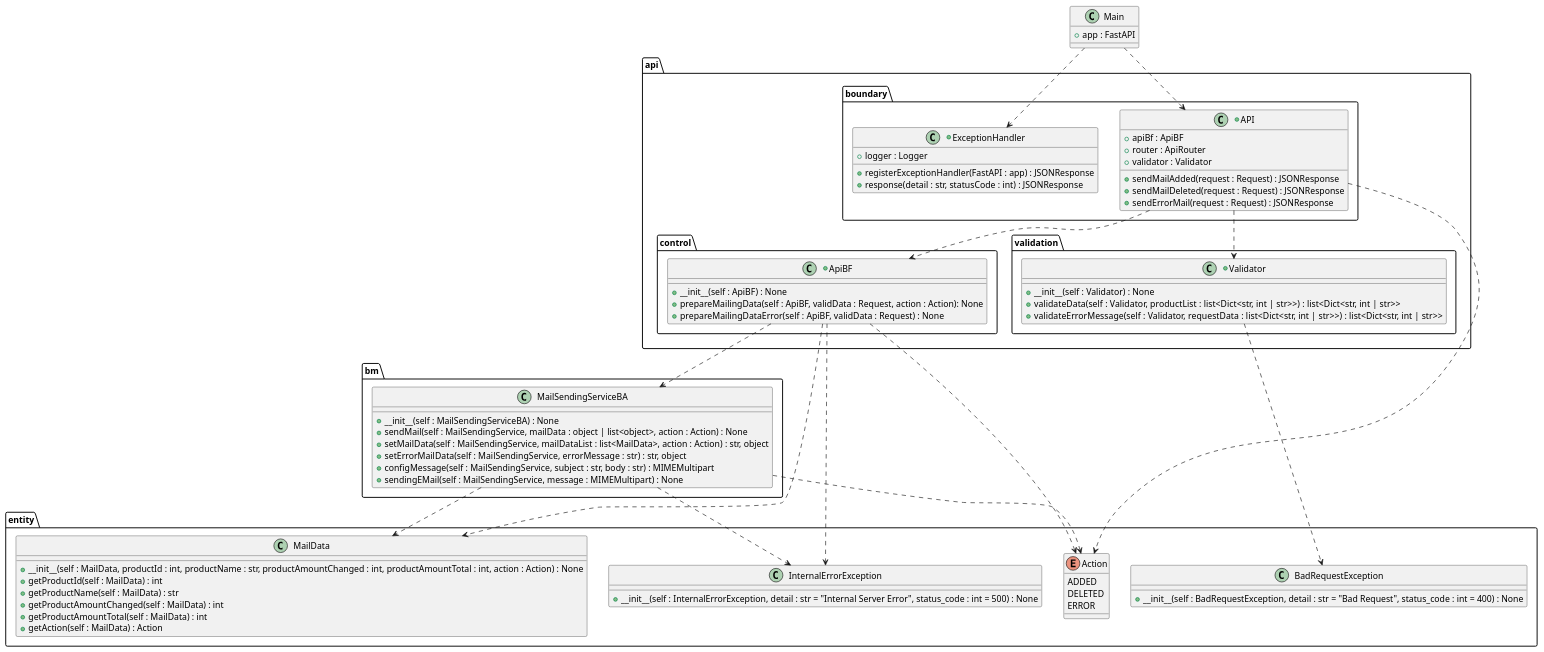
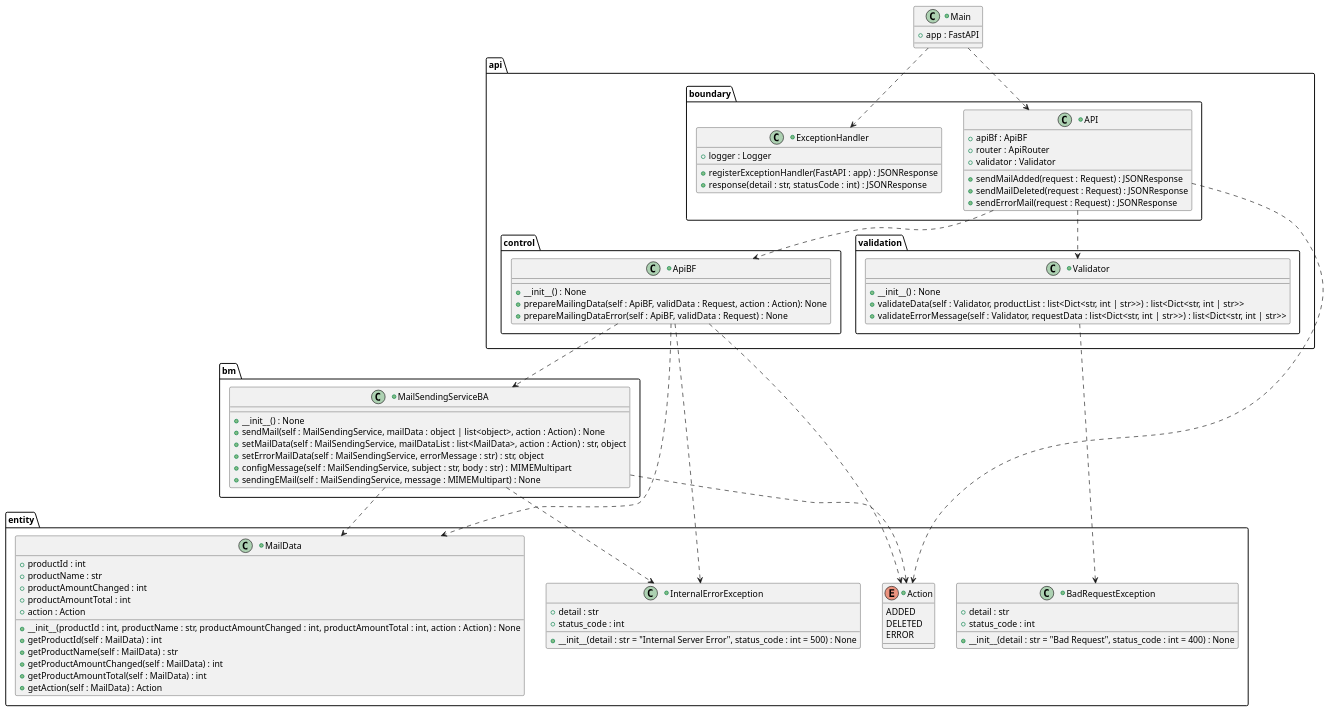
The diagram in doc/documentation/mailingService/classDiagram.puml (Marcey1611/stock-tracker-project-sysad-ws2425), drawn with PlantUML before and after one commit.

Commit message:
SYSAD-51: Adjusted/Updated class diagram

```diff
--- a/doc/documentation/mailingService/classDiagram.puml
+++ b/doc/documentation/mailingService/classDiagram.puml
@@ -1,98 +1,111 @@
 @startuml
 
 package api {
     package boundary {
         +class API {
             +apiBf : ApiBF 
             +router : ApiRouter 
             +validator : Validator 
 
             +sendMailAdded(request : Request) : JSONResponse
             +sendMailDeleted(request : Request) : JSONResponse
             +sendErrorMail(request : Request) : JSONResponse
         }
 
         +class ExceptionHandler {
             +logger : Logger
+
             +registerExceptionHandler(FastAPI : app) : JSONResponse
             +response(detail : str, statusCode : int) : JSONResponse            
         }
     }
 
     package control {
         +class ApiBF {
-            +__init__(self : ApiBF) : None
+            +__init__() : None
             +prepareMailingData(self : ApiBF, validData : Request, action : Action): None
             +prepareMailingDataError(self : ApiBF, validData : Request) : None
         }
     }
 
     package validation {
         +class Validator {
-            +__init__(self : Validator) : None
+            +__init__() : None
             +validateData(self : Validator, productList : list<Dict<str, int | str>>) : list<Dict<str, int | str>>
             +validateErrorMessage(self : Validator, requestData : list<Dict<str, int | str>>) : list<Dict<str, int | str>> 
         }
     }
 }
 
 package bm {
-    class MailSendingServiceBA {
-        +__init__(self : MailSendingServiceBA) : None
+    +class MailSendingServiceBA {
+        +__init__() : None
         +sendMail(self : MailSendingService, mailData : object | list<object>, action : Action) : None
         +setMailData(self : MailSendingService, mailDataList : list<MailData>, action : Action) : str, object 
         +setErrorMailData(self : MailSendingService, errorMessage : str) : str, object 
         +configMessage(self : MailSendingService, subject : str, body : str) : MIMEMultipart
         +sendingEMail(self : MailSendingService, message : MIMEMultipart) : None
     }
 }
 
 package entity {
-    class MailData {
-        +__init__(self : MailData, productId : int, productName : str, productAmountChanged : int, productAmountTotal : int, action : Action) : None
+    +class MailData {
+        +productId : int
+        +productName : str
+        +productAmountChanged : int
+        +productAmountTotal : int
+        +action : Action
+
+        +__init__(productId : int, productName : str, productAmountChanged : int, productAmountTotal : int, action : Action) : None
         +getProductId(self : MailData) : int
         +getProductName(self : MailData) : str
         +getProductAmountChanged(self : MailData) : int
         +getProductAmountTotal(self : MailData) : int
         +getAction(self : MailData) : Action
     }
 
-    enum Action {
+    +enum Action {
         ADDED
         DELETED
         ERROR
     }
 
-    class InternalErrorException {
-        +__init__(self : InternalErrorException, detail : str = "Internal Server Error", status_code : int = 500) : None
+    +class InternalErrorException {
+        +detail : str
+        +status_code : int
+        
+        +__init__(detail : str = "Internal Server Error", status_code : int = 500) : None
     }
 
-    class BadRequestException {
-        +__init__(self : BadRequestException, detail : str = "Bad Request", status_code : int = 400) : None
+    +class BadRequestException {
+        +detail : str
+        +status_code : int
+
+        +__init__(detail : str = "Bad Request", status_code : int = 400) : None
 
     }
 }
 
-class Main {
++class Main {
     +app : FastAPI
 }
 
 Main ..> ExceptionHandler
 Main ..> API
 
 API ..> Validator
 API ..> ApiBF
 API ..> Action
 
 ApiBF ..> MailData
 ApiBF ..> MailSendingServiceBA
 ApiBF ..> InternalErrorException
 ApiBF ..> Action
 
 Validator ..> BadRequestException
 
 MailSendingServiceBA ..> Action
 MailSendingServiceBA ..> InternalErrorException
 MailSendingServiceBA ..> MailData
 
 @enduml
```
